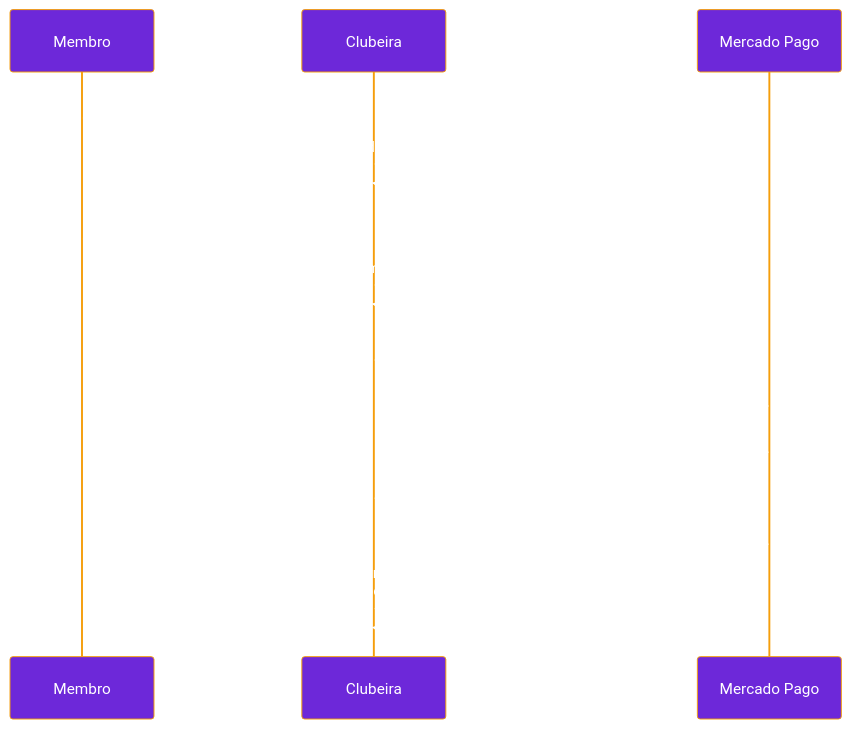
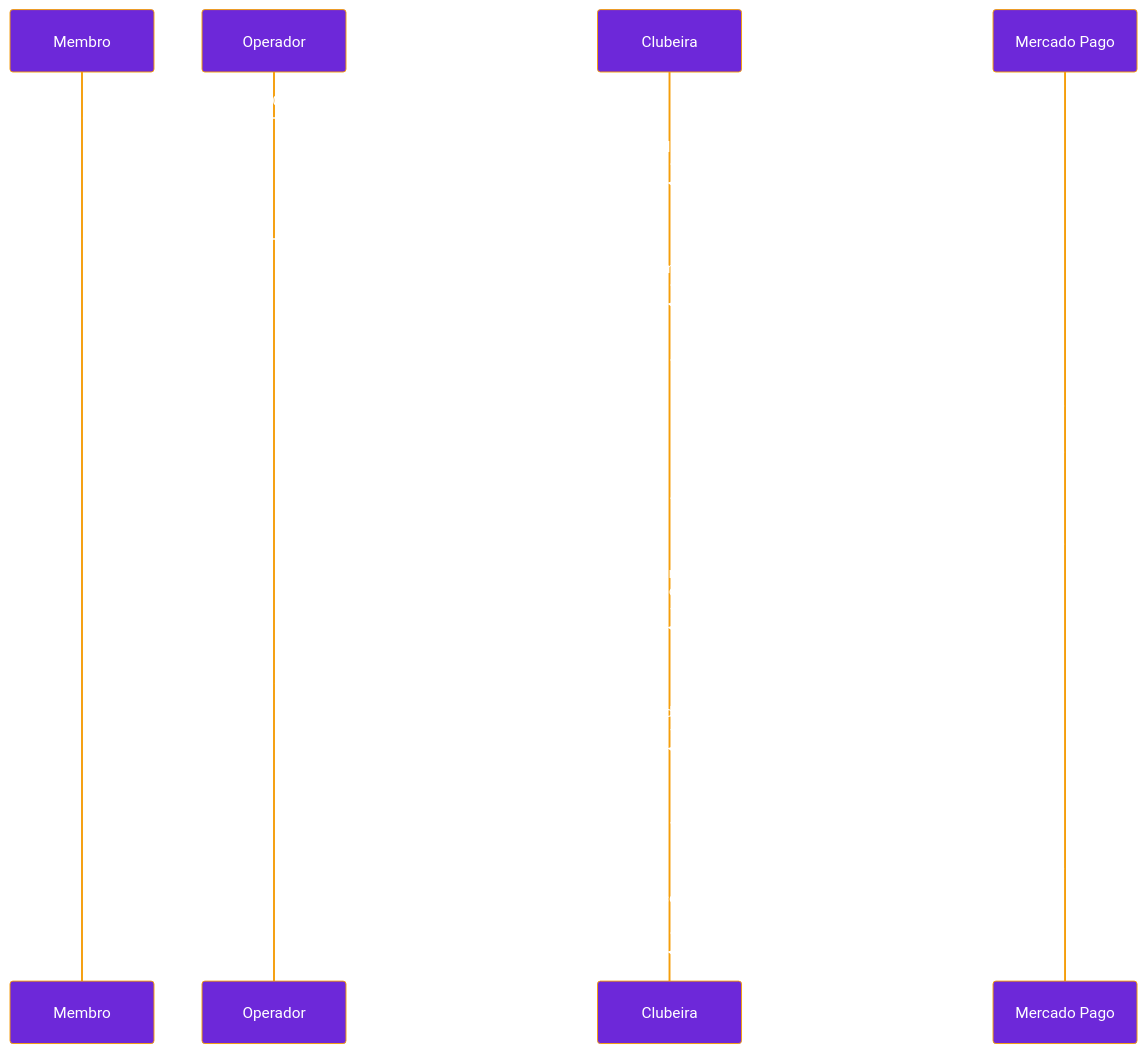
One commit to gabrielmaialva33/clubeira changed the fourth of 5 diagrams in README.md. Above: the diagram before and after it, drawn with Mermaid. The commit also changed other lines of this file and 3 other files, not shown here.

````diff
--- a/README.md
+++ b/README.md
@@ -554,18 +583,24 @@
 ```mermaid
 %%{init: {'theme': 'base', 'themeVariables': { 'primaryColor': '#6D28D9', 'primaryTextColor': '#fff', 'primaryBorderColor': '#F59E0B', 'lineColor': '#F59E0B'}}}%%
 sequenceDiagram
     participant M as Membro
+    participant O as Operador
     participant A as Clubeira
     participant MP as Mercado Pago
 
     M->>A: POST /orders (Idempotency-Key)
     A->>A: relê preço/moeda sob lock + RLS
     M->>A: POST /payment-intents {pix}
     A->>A: reserva intent, commit ANTES do I/O
     A->>MP: Orders API (X-Idempotency-Key = uuid do intent)
     MP-->>A: ação Pix normalizada
     MP->>A: webhook assinado (HMAC)
     A->>MP: GET /v1/orders/:id (a fonte da verdade)
     MP-->>A: processed/accredited
     A->>A: payment + order + contrato + ciclo + alocações<br/>+ audit + evento + outbox — mesma transação
+    O->>A: POST /payments/:id/refunds (Idempotency-Key)
+    A->>A: reserva refund e libera locks
+    A->>MP: POST /v1/orders/:id/refund<br/>(X-Idempotency-Key = uuid do refund)
+    MP-->>A: reembolso integral confirmado
+    A->>A: refund + payment/order + cancelamento + revogação do saldo<br/>+ ledger + audit + eventos + outbox — mesma transação
 ```
````
